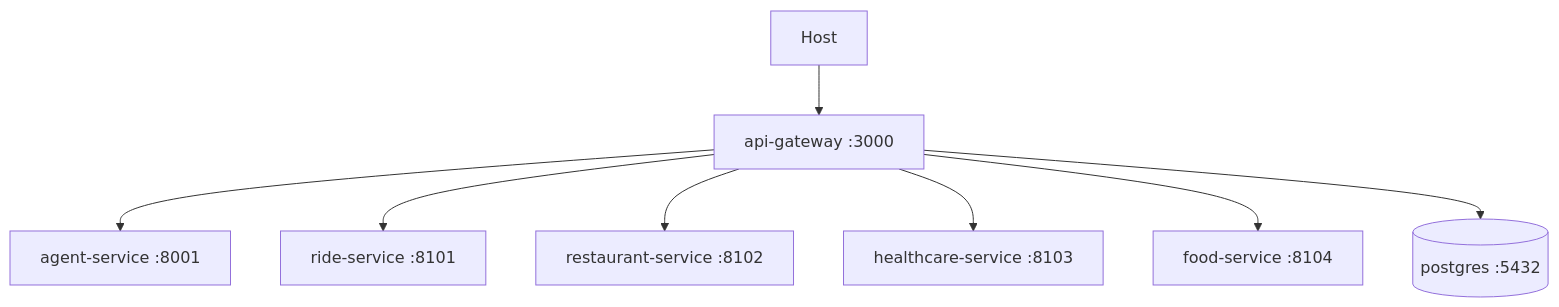
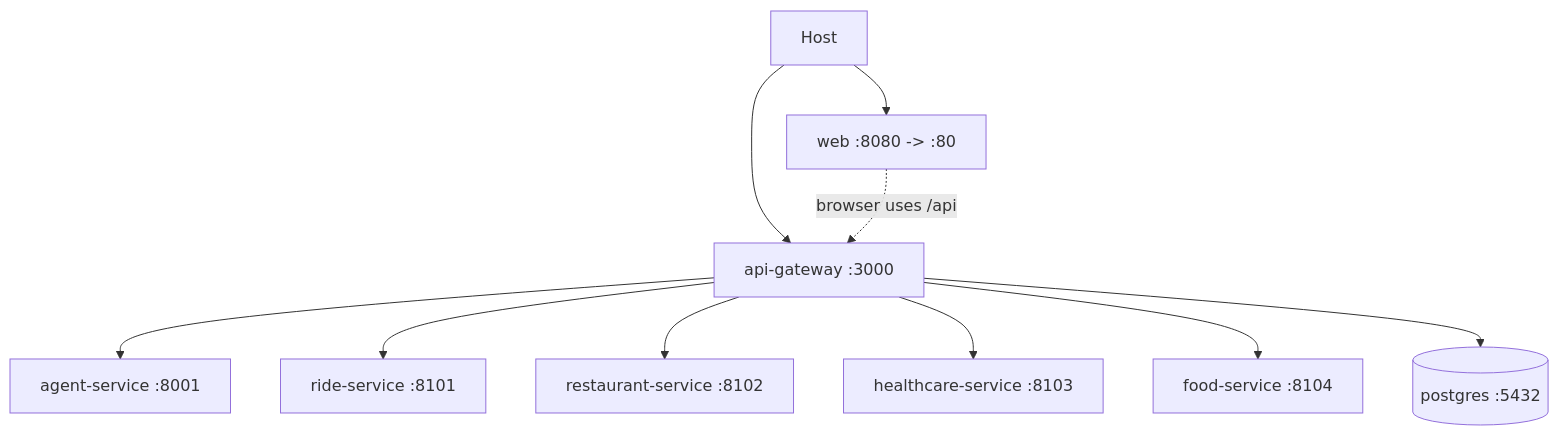
Before and after one commit to codecuatai/P-018: the diagram in docs/architecture/runtime-architecture.md, drawn with Mermaid. The commit also changed other lines of this file and 8 other files, not shown here.

````diff
--- a/docs/architecture/runtime-architecture.md
+++ b/docs/architecture/runtime-architecture.md
@@ -5,10 +5,12 @@
 ```mermaid
 flowchart TB
+  Host --> Web[web :8080 -> :80]
   Host --> Gateway[api-gateway :3000]
   Gateway --> Agent[agent-service :8001]
   Gateway --> Ride[ride-service :8101]
   Gateway --> Restaurant[restaurant-service :8102]
   Gateway --> Healthcare[healthcare-service :8103]
   Gateway --> Food[food-service :8104]
   Gateway --> Postgres[(postgres :5432)]
+  Web -. browser uses /api .-> Gateway
 ```
````
